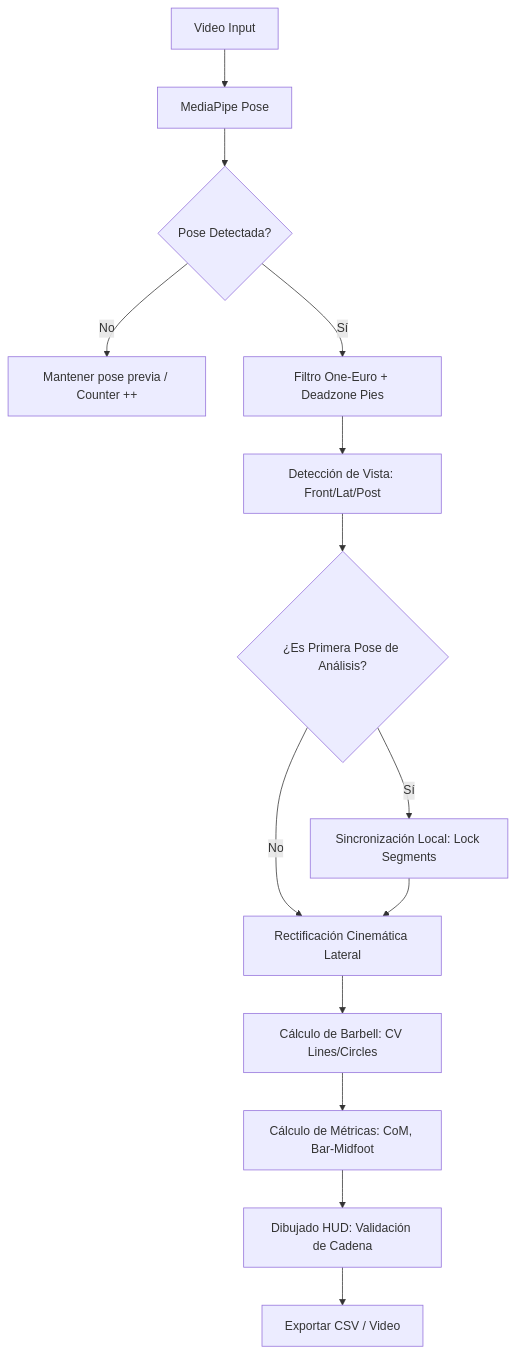
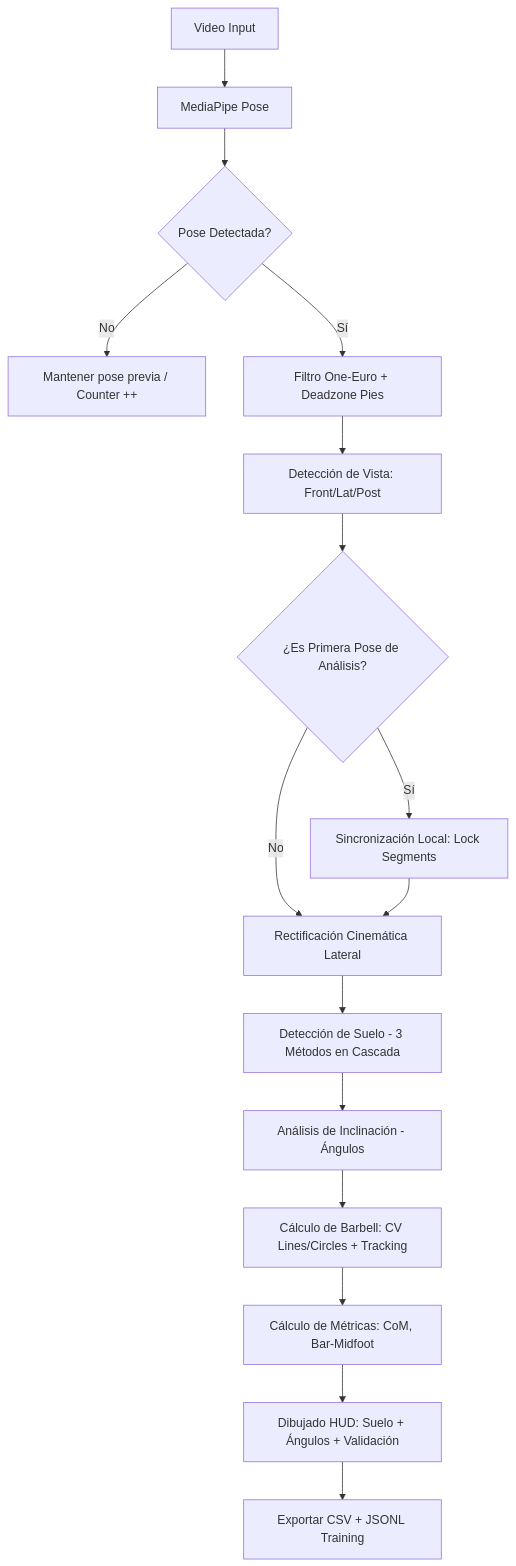
One commit to jc-bioeng/LiftSense changed the second of 2 diagrams in python_research/ENGINE_ARCHITECTURE.md. Above: the diagram before and after it, drawn with Mermaid. The commit also changed other lines of this file and 2 other files, not shown here.

Commit message:
docs: update system documentation, engine spec, and database architecture

````diff
--- a/python_research/ENGINE_ARCHITECTURE.md
+++ b/python_research/ENGINE_ARCHITECTURE.md
@@ -55,16 +91,18 @@
 ```mermaid
 graph TD
     A[Video Input] --> B[MediaPipe Pose]
     B --> C{Pose Detectada?}
     C -- No --> D[Mantener pose previa / Counter ++]
     C -- Sí --> E[Filtro One-Euro + Deadzone Pies]
     E --> F[Detección de Vista: Front/Lat/Post]
     F --> G{¿Es Primera Pose de Análisis?}
     G -- Sí --> H[Sincronización Local: Lock Segments]
     G -- No --> I[Rectificación Cinemática Lateral]
     H --> I
-    I --> J[Cálculo de Barbell: CV Lines/Circles]
-    J --> K[Cálculo de Métricas: CoM, Bar-Midfoot]
-    K --> L[Dibujado HUD: Validación de Cadena]
-    L --> M[Exportar CSV / Video]
+    I --> J[Detección de Suelo - 3 Métodos en Cascada]
+    J --> K[Análisis de Inclinación - Ángulos]
+    K --> L[Cálculo de Barbell: CV Lines/Circles + Tracking]
+    L --> M[Cálculo de Métricas: CoM, Bar-Midfoot]
+    M --> N[Dibujado HUD: Suelo + Ángulos + Validación]
+    N --> O[Exportar CSV + JSONL Training]
 ```
````
